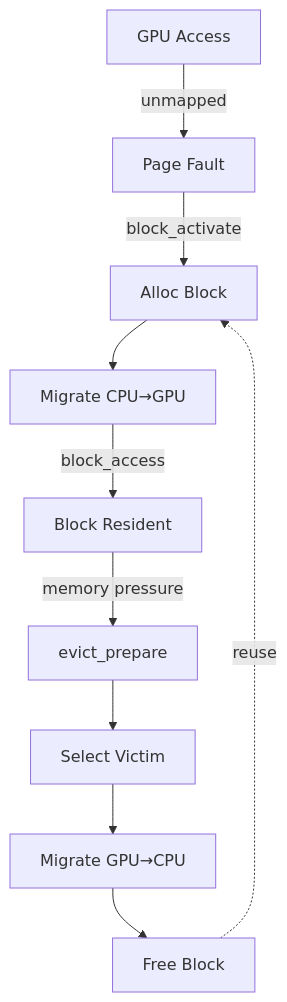
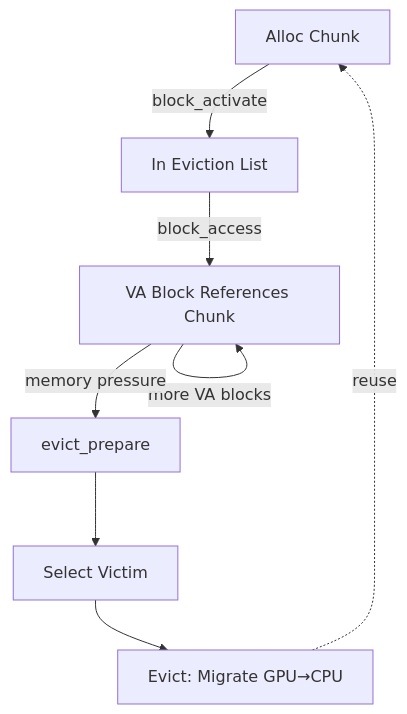
Before and after one commit to yunwei37/yunwei37-blog: the third of 3 diagrams in presentation/gpu_ext_lpc/slides.md, drawn with Mermaid. The commit also changed other lines of this file, not shown here.

Commit message:
feat: update GPU presentation with key concepts and enhanced page fault handling

````diff
--- a/presentation/gpu_ext_lpc/slides.md
+++ b/presentation/gpu_ext_lpc/slides.md
@@ -474,12 +479,10 @@
 ```mermaid
 flowchart TD
-    A[GPU Access] -->|unmapped| B[Page Fault]
-    B -->|block_activate| C[Alloc Block]
-    C --> D[Migrate CPU→GPU]
-    D -->|block_access| E[Block Resident]
-    E -->|memory pressure| F[evict_prepare]
-    F --> G[Select Victim]
-    G --> H[Migrate GPU→CPU]
-    H --> I[Free Block]
-    I -.->|reuse| C
+    A[Alloc Chunk] -->|block_activate| B[In Eviction List]
+    B -->|block_access| C[VA Block References Chunk]
+    C -->|more VA blocks| C
+    C -->|memory pressure| D[evict_prepare]
+    D --> E[Select Victim]
+    E --> F[Evict: Migrate GPU→CPU]
+    F -.->|reuse| A
 ```
````
